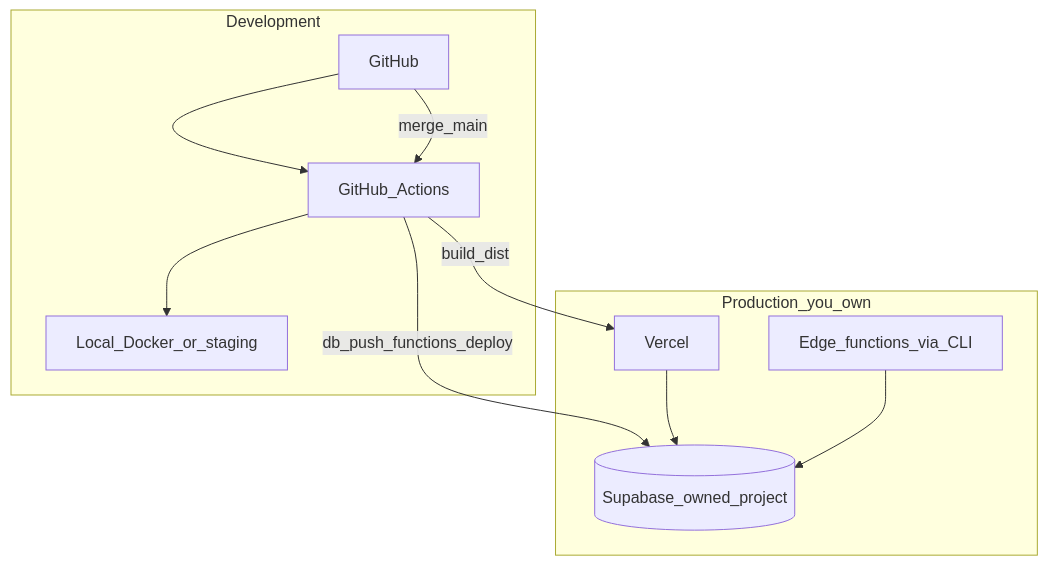
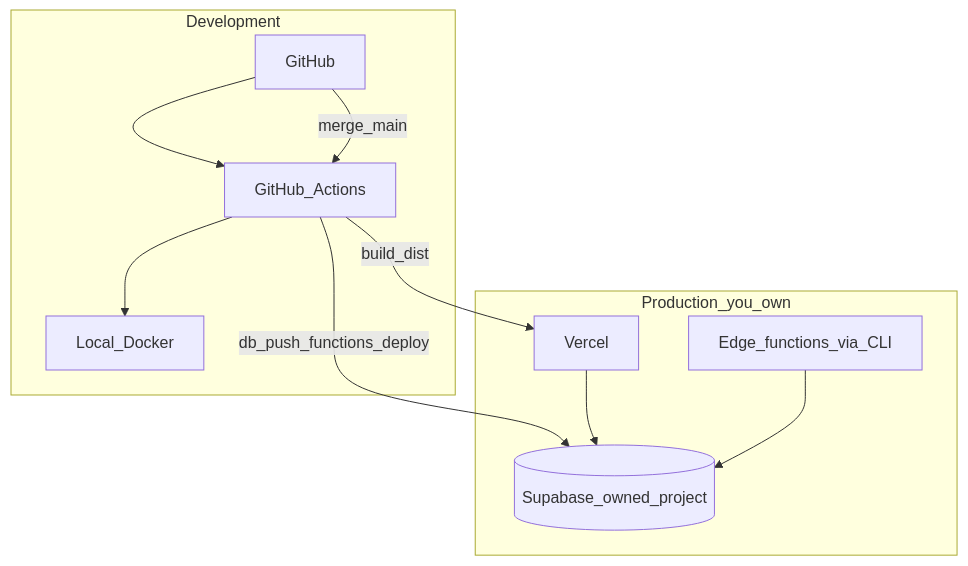
One commit to Angelguirao/holzen changed the diagram in docs/ops/platform-exit-runbook.md. Above: the diagram before and after it, drawn with Mermaid. The commit also changed other lines of this file and 34 other files, not shown here.

````diff
--- a/docs/ops/platform-exit-runbook.md
+++ b/docs/ops/platform-exit-runbook.md
@@ -11,22 +11,22 @@
 ```mermaid
 flowchart TB
   subgraph dev [Development]
     GH[GitHub]
     CI[GitHub_Actions]
-    LOCAL[Local_Docker_or_staging]
+    LOCAL[Local_Docker]
   end
 
   subgraph prod [Production_you_own]
     FE[Vercel]
     SB[(Supabase_owned_project)]
     EDGE[Edge_functions_via_CLI]
   end
 
   GH --> CI
   CI --> LOCAL
   GH -->|merge_main| CI
   CI -->|db_push_functions_deploy| SB
   CI -->|build_dist| FE
   FE --> SB
   EDGE --> SB
 ```
````
